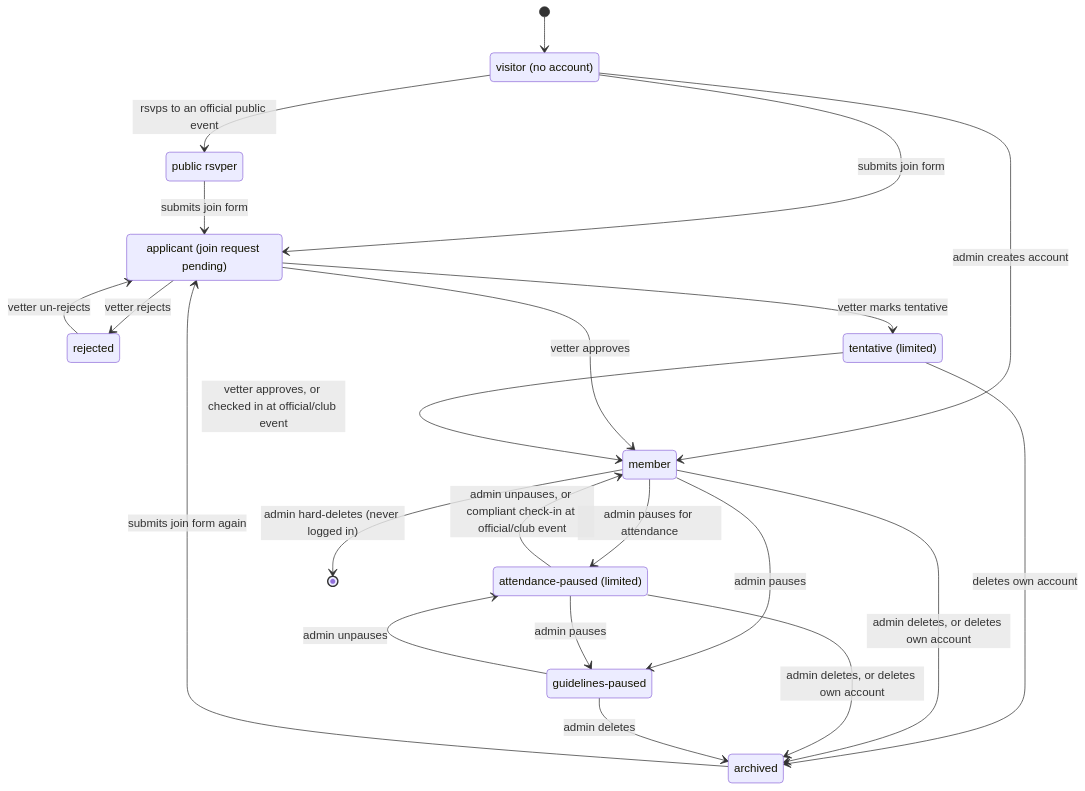
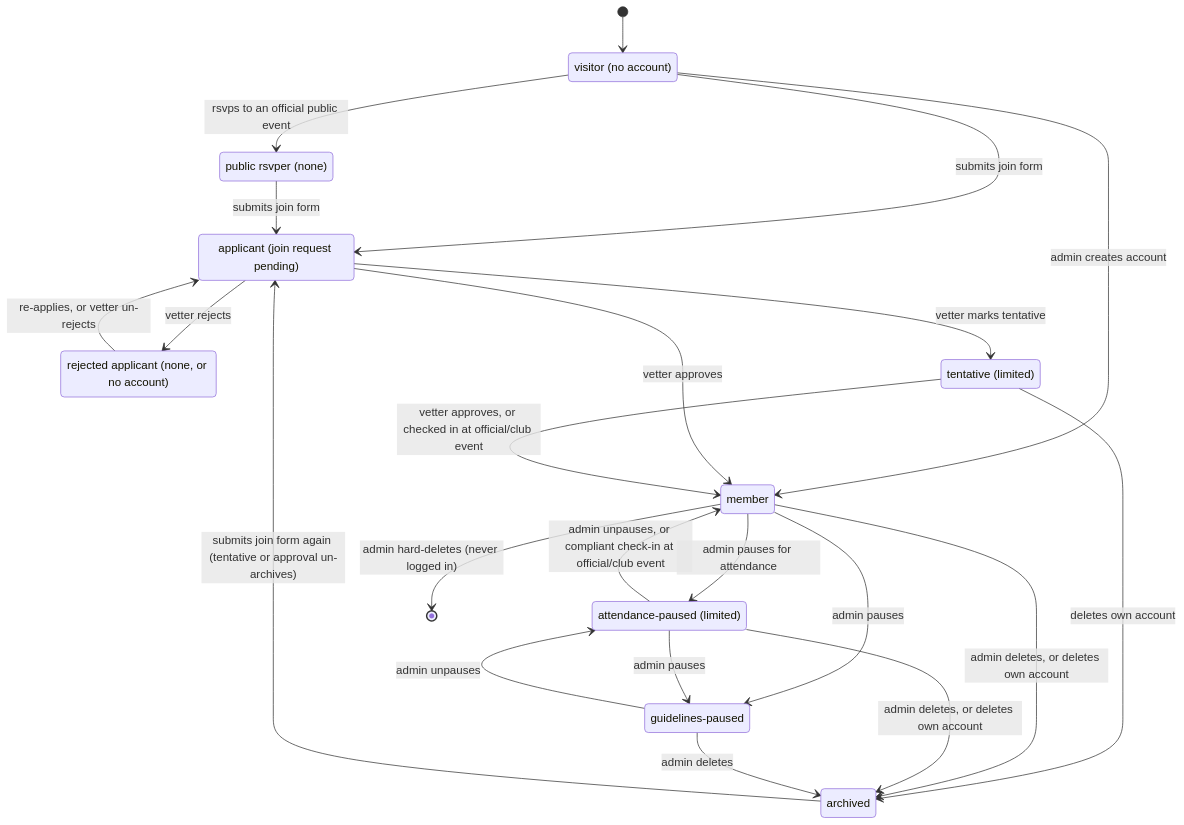
Before and after one commit to ProteinDeficientsAnonymous/pda: the first of 3 diagrams in .claude/docs/user-states.md, drawn with Mermaid. The commit also changed other lines of this file and 1 other file, not shown here.

````diff
--- a/.claude/docs/user-states.md
+++ b/.claude/docs/user-states.md
@@ -16,40 +20,40 @@
 ```mermaid
 stateDiagram-v2
     state "visitor (no account)" as Visitor
-    state "public rsvper" as PublicRsvper
+    state "public rsvper (none)" as PublicRsvper
     state "applicant (join request pending)" as Applicant
-    state "rejected" as Rejected
+    state "rejected applicant (none, or no account)" as Rejected
     state "tentative (limited)" as Tentative
     state "member" as Member
     state "attendance-paused (limited)" as AttendancePaused
     state "guidelines-paused" as GuidelinesPaused
     state "archived" as Archived
 
     [*] --> Visitor
     Visitor --> PublicRsvper: rsvps to an official public event
     Visitor --> Applicant: submits join form
     PublicRsvper --> Applicant: submits join form
     Visitor --> Member: admin creates account
 
     Applicant --> Tentative: vetter marks tentative
     Applicant --> Member: vetter approves
     Applicant --> Rejected: vetter rejects
-    Rejected --> Applicant: vetter un-rejects
+    Rejected --> Applicant: re-applies, or vetter un-rejects
 
     Tentative --> Member: vetter approves, or checked in at official/club event
     Tentative --> Archived: deletes own account
 
     Member --> AttendancePaused: admin pauses for attendance
     AttendancePaused --> Member: admin unpauses, or compliant check-in at official/club event
 
     Member --> GuidelinesPaused: admin pauses
     AttendancePaused --> GuidelinesPaused: admin pauses
     GuidelinesPaused --> AttendancePaused: admin unpauses
 
     Member --> Archived: admin deletes, or deletes own account
     AttendancePaused --> Archived: admin deletes, or deletes own account
     GuidelinesPaused --> Archived: admin deletes
-    Archived --> Applicant: submits join form again
+    Archived --> Applicant: submits join form again (tentative or approval un-archives)
 
     Member --> [*]: admin hard-deletes (never logged in)
 ```
````
